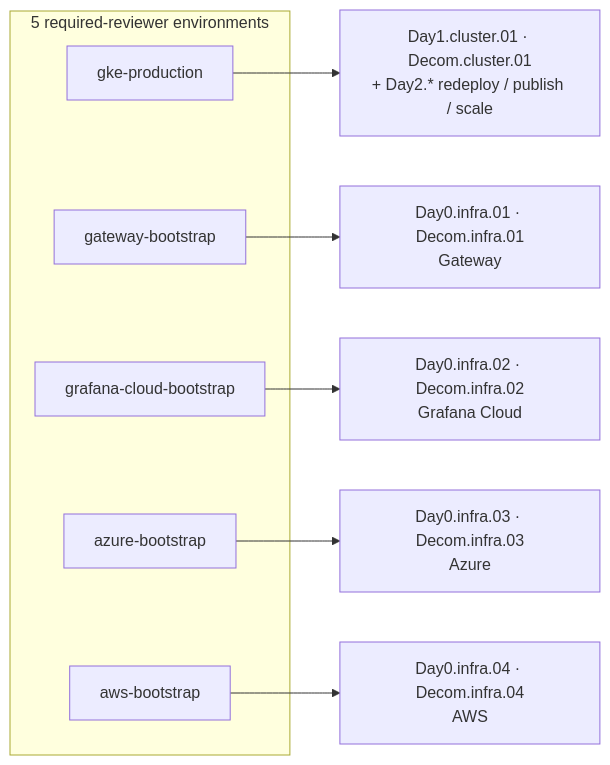
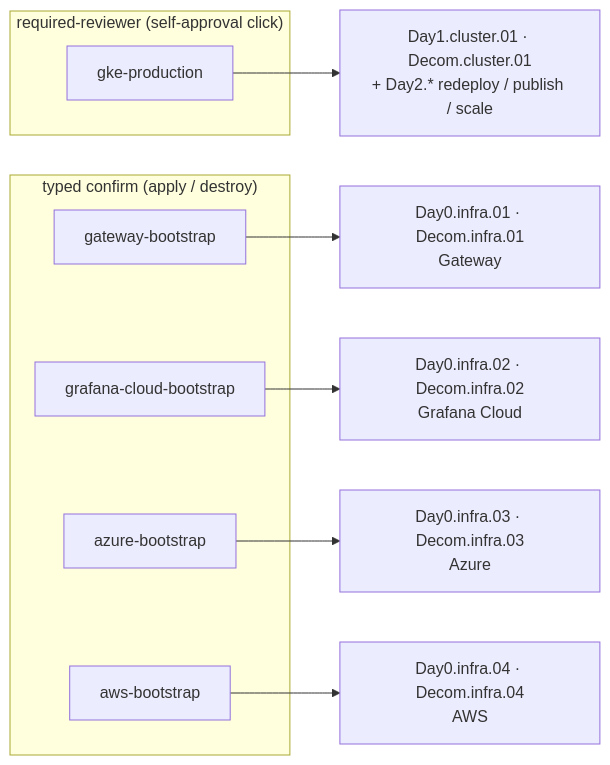
The fourth of 4 diagrams in docs/102-GITHUB_ACTIONS_AUTOMATION.md (nubenetes/jenkins-2026), drawn with Mermaid before and after one commit. The commit also changed other lines of this file and 11 other files, not shown here.

````diff
--- a/docs/102-GITHUB_ACTIONS_AUTOMATION.md
+++ b/docs/102-GITHUB_ACTIONS_AUTOMATION.md
@@ -358,15 +358,17 @@
 ```mermaid
 flowchart LR
-  subgraph gates["5 required-reviewer environments"]
+  subgraph reviewed["required-reviewer (self-approval click)"]
     g1[gke-production]
+  end
+  subgraph typed["typed confirm (apply / destroy)"]
     g2[gateway-bootstrap]
     g3[grafana-cloud-bootstrap]
     g4[azure-bootstrap]
     g5[aws-bootstrap]
   end
   g1 --> w1["Day1.cluster.01 · Decom.cluster.01<br/>+ Day2.* redeploy / publish / scale"]
   g2 --> w2["Day0.infra.01 · Decom.infra.01<br/>Gateway"]
   g3 --> w3["Day0.infra.02 · Decom.infra.02<br/>Grafana Cloud"]
   g4 --> w4["Day0.infra.03 · Decom.infra.03<br/>Azure"]
   g5 --> w5["Day0.infra.04 · Decom.infra.04<br/>AWS"]
 ```
````
